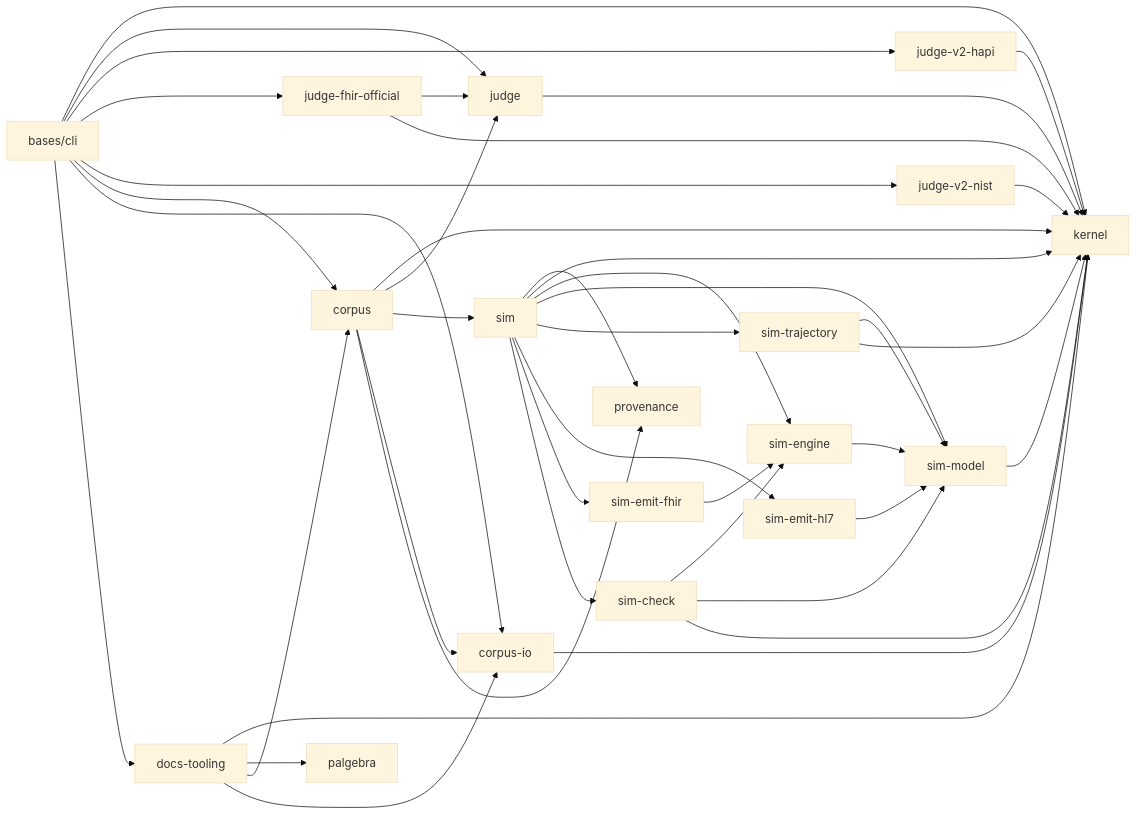
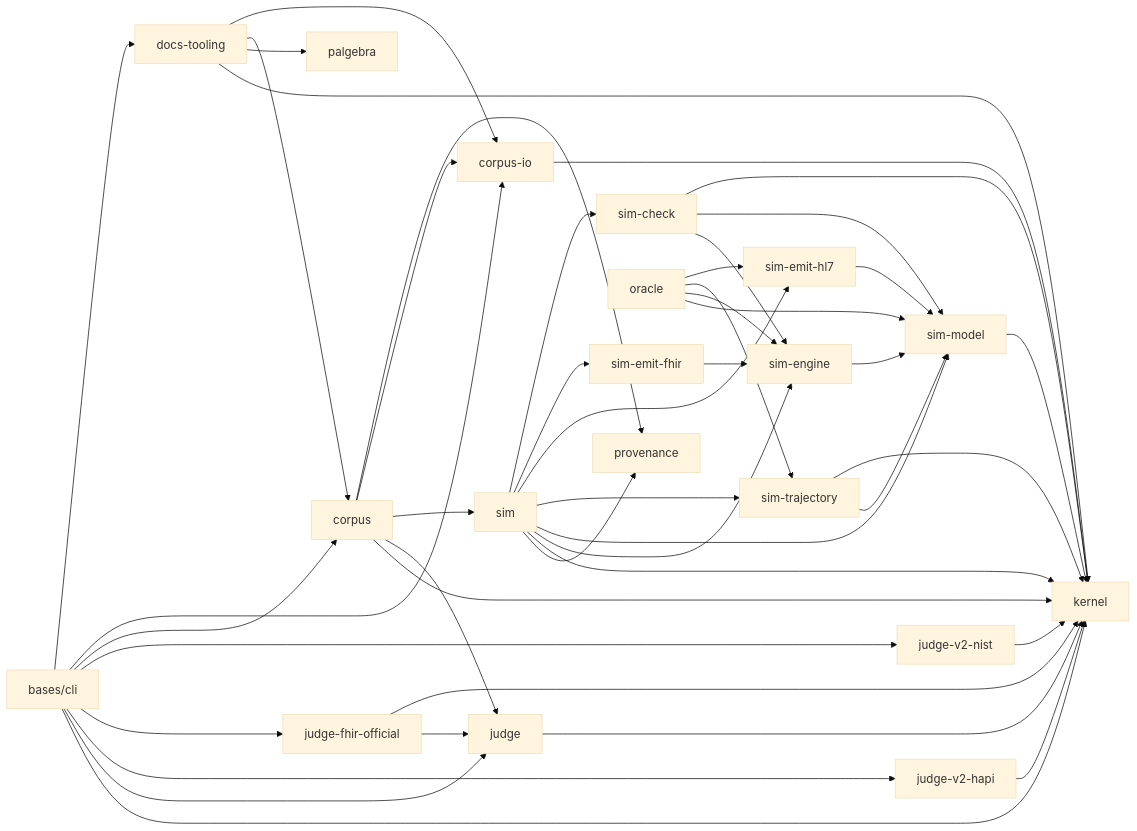
One commit to pragsmike/ehr-testing-tools changed the diagram in docs/dev/architecture.md. Above: the diagram before and after it, drawn with Mermaid (base theme). The commit also changed other lines of this file and 7 other files, not shown here.

````diff
--- a/docs/dev/architecture.md
+++ b/docs/dev/architecture.md
@@ -25,62 +25,67 @@
 ```mermaid
 flowchart LR
     kernel[kernel]
     judge[judge]
     judgev2hapi[judge-v2-hapi]
     judgefhirofficial[judge-fhir-official]
     judgev2nist[judge-v2-nist]
     provenance[provenance]
     corpus[corpus]
     corpusio[corpus-io]
     docstooling[docs-tooling]
     palgebra[palgebra]
     simmodel[sim-model]
     simengine[sim-engine]
     simtrajectory[sim-trajectory]
     simemithl7[sim-emit-hl7]
     simemitfhir[sim-emit-fhir]
     simcheck[sim-check]
     sim[sim]
+    oracle[oracle]
     cli[bases/cli]
 
     judge --> kernel
     judgev2hapi --> kernel
     judgefhirofficial --> judge
     judgefhirofficial --> kernel
     judgev2nist --> kernel
     corpusio --> kernel
     corpus --> kernel
     corpus --> judge
     corpus --> sim
     corpus --> corpusio
     corpus --> provenance
     sim --> provenance
     simmodel --> kernel
     simengine --> simmodel
     simtrajectory --> simmodel
     simtrajectory --> kernel
     simemithl7 --> simmodel
     simemitfhir --> simengine
     simcheck --> simengine
     simcheck --> simmodel
     simcheck --> kernel
     sim --> kernel
     sim --> simengine
     sim --> simmodel
     sim --> simtrajectory
     sim --> simemithl7
     sim --> simemitfhir
     sim --> simcheck
+    oracle --> simmodel
+    oracle --> simengine
+    oracle --> simtrajectory
+    oracle --> simemithl7
     docstooling --> kernel
     docstooling --> palgebra
     docstooling --> corpus
     docstooling --> corpusio
     cli --> kernel
     cli --> judge
     cli --> judgev2hapi
     cli --> judgefhirofficial
     cli --> judgev2nist
     cli --> corpus
     cli --> corpusio
     cli --> docstooling
 ```
````
